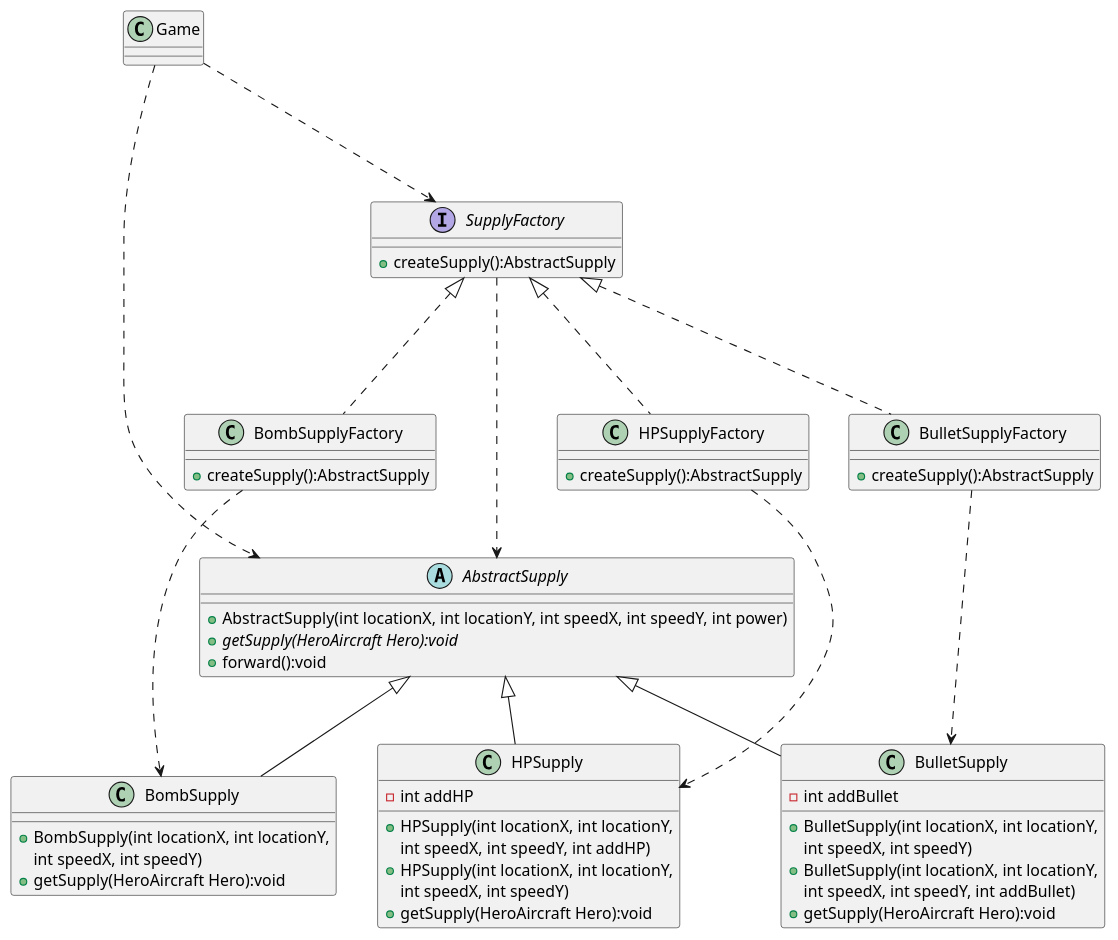
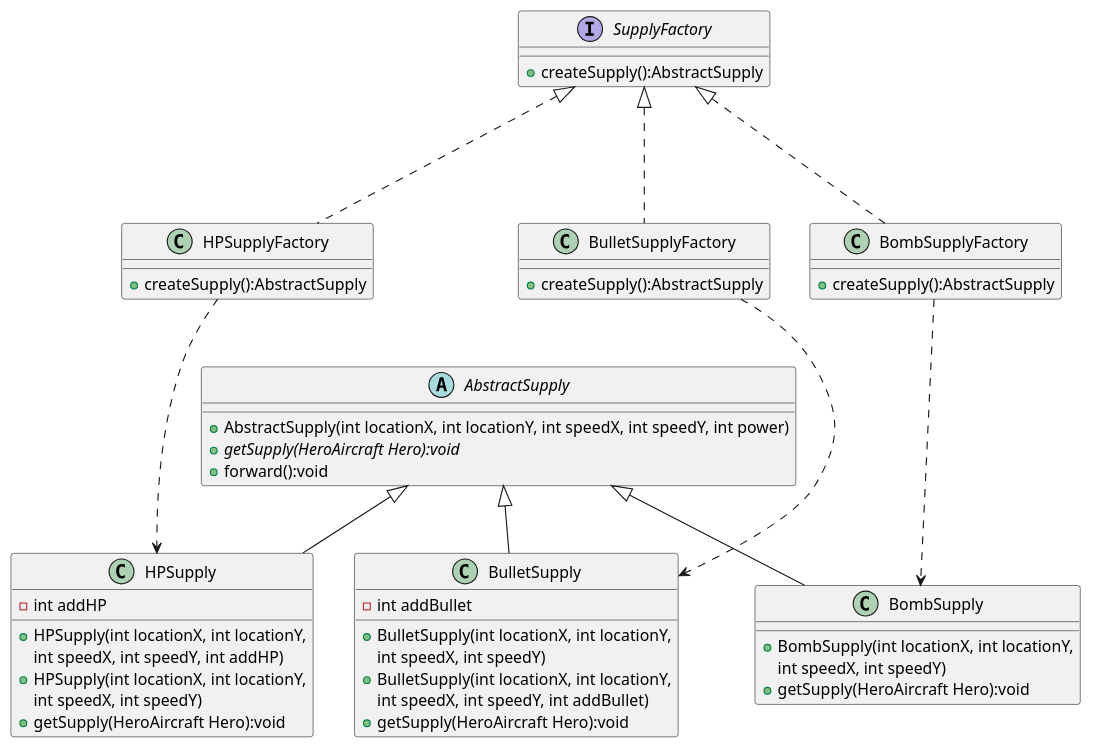
Before and after one commit to HITlgw/AircraftWar-base: the diagram in uml/Factory_Supply.puml, drawn with PlantUML. The commit also changed 13 other files, not shown here.

```diff
--- a/uml/Factory_Supply.puml
+++ b/uml/Factory_Supply.puml
@@ -1,68 +1,63 @@
 @startuml
 'https://plantuml.com/class-diagram
-class Game{
-}
 
-Game ...> SupplyFactory
-Game ...> AbstractSupply
 Interface SupplyFactory{
     + createSupply():AbstractSupply
 }
 
 abstract class AbstractSupply
 {
     + AbstractSupply(int locationX, int locationY, int speedX, int speedY, int power)
     + {abstract} getSupply(HeroAircraft Hero):void
     + forward():void
 }
-SupplyFactory ...> AbstractSupply
+SupplyFactory <|... HPSupplyFactory
+SupplyFactory <|... BulletSupplyFactory
+SupplyFactory <|... BombSupplyFactory
 
+HPSupplyFactory ...> HPSupply
+BulletSupplyFactory ...> BulletSupply
+BombSupplyFactory ...> BombSupply
+
+AbstractSupply <|-- HPSupply
+AbstractSupply <|-- BulletSupply
+AbstractSupply <|-- BombSupply
 class HPSupplyFactory{
     + createSupply():AbstractSupply
 }
 
 class BulletSupplyFactory{
     + createSupply():AbstractSupply
 }
 
 class BombSupplyFactory{
     + createSupply():AbstractSupply
 }
 
-SupplyFactory <|... HPSupplyFactory
-SupplyFactory <|... BulletSupplyFactory
-SupplyFactory <|... BombSupplyFactory
 
-HPSupplyFactory ...> HPSupply
-BulletSupplyFactory ...> BulletSupply
-BombSupplyFactory ...> BombSupply
-
-AbstractSupply <|-- HPSupply
-AbstractSupply <|-- BulletSupply
-AbstractSupply <|-- BombSupply
 
 class HPSupply{
     - int addHP
     + HPSupply(int locationX, int locationY,
      int speedX, int speedY, int addHP)
     + HPSupply(int locationX, int locationY,
      int speedX, int speedY)
     + getSupply(HeroAircraft Hero):void
 }
 
 class BulletSupply{
     - int addBullet
     + BulletSupply(int locationX, int locationY,
      int speedX, int speedY)
     + BulletSupply(int locationX, int locationY,
           int speedX, int speedY, int addBullet)
     + getSupply(HeroAircraft Hero):void
 }
 
 class BombSupply{
     + BombSupply(int locationX, int locationY,
      int speedX, int speedY)
     + getSupply(HeroAircraft Hero):void
 }
 
 @enduml
```
